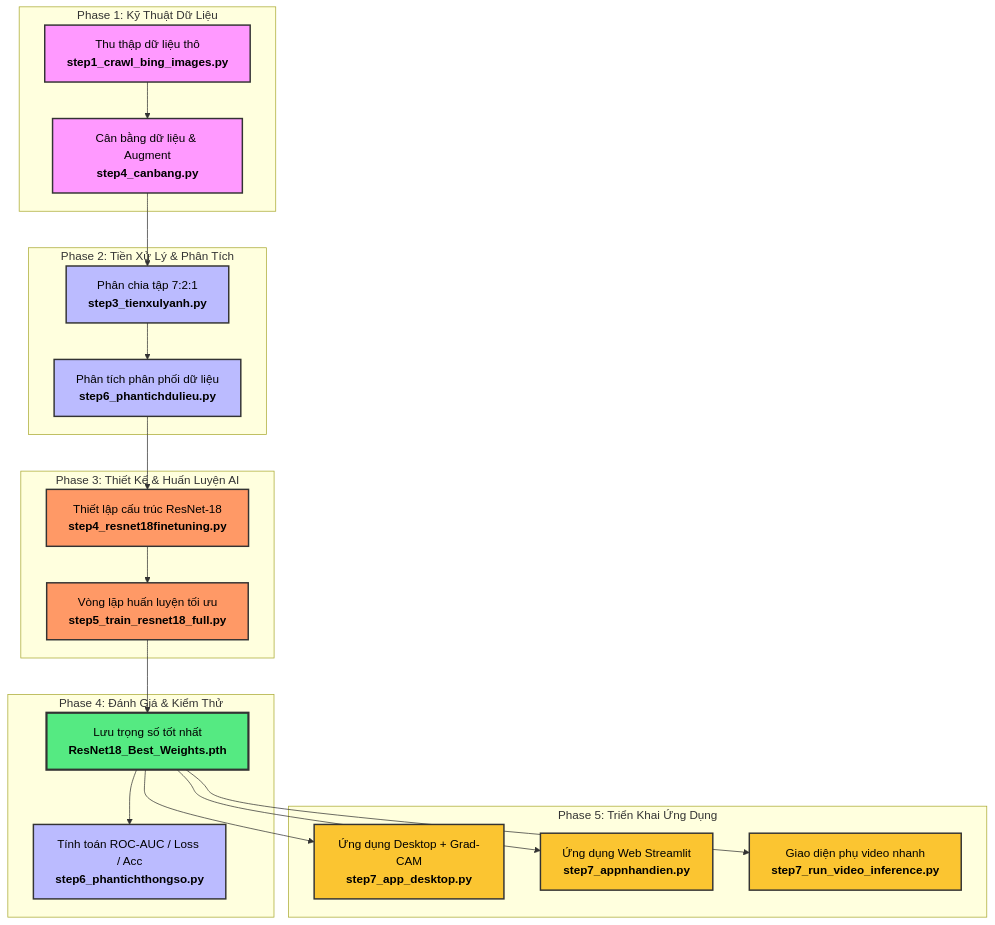
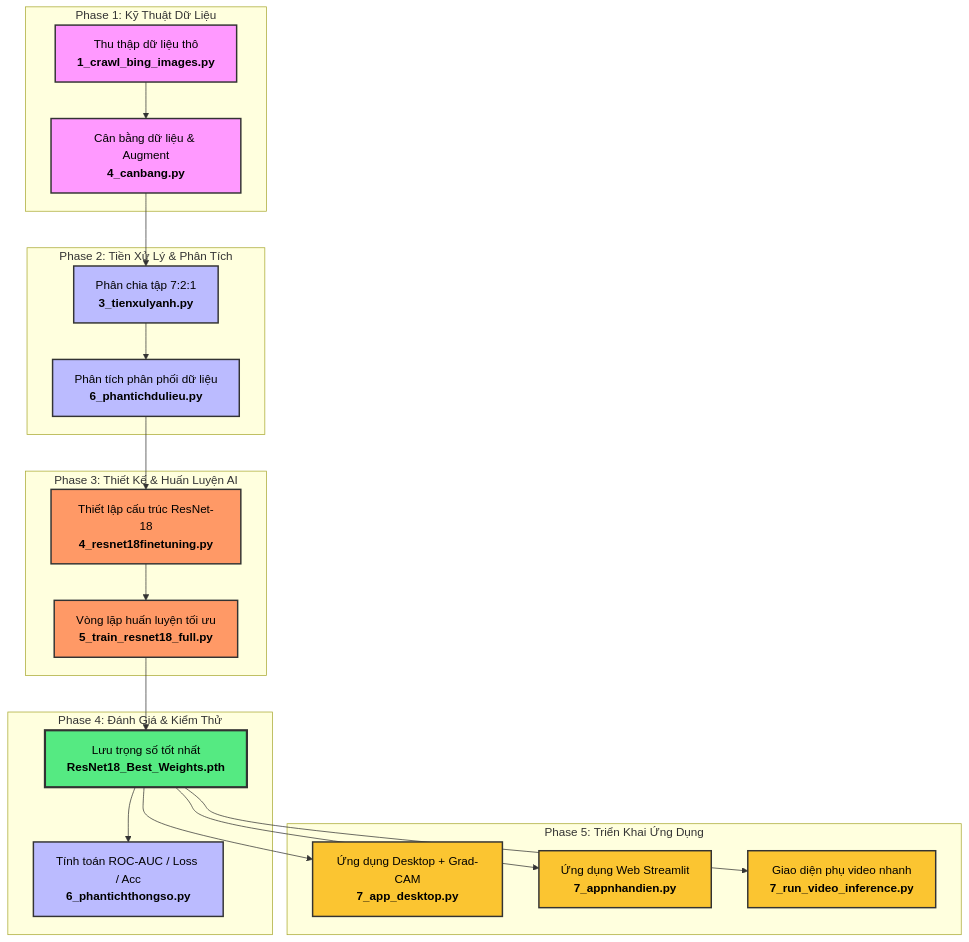
The diagram in README.md (dangthanhthi/du_an_bao_ton_dong_vat_sach_do), drawn with Mermaid before and after one commit. The commit also changed other lines of this file and 11 other files, not shown here.

````diff
--- a/README.md
+++ b/README.md
@@ -13,41 +13,41 @@
 ```mermaid
 graph TD
     %% Định nghĩa các bước trong Pipeline
     subgraph Phase 1: Kỹ Thuật Dữ Liệu
-        A[Thu thập dữ liệu thô<br><b>step1_crawl_bing_images.py</b>] --> B[Cân bằng dữ liệu & Augment<br><b>step4_canbang.py</b>]
+        A[Thu thập dữ liệu thô<br><b>1_crawl_bing_images.py</b>] --> B[Cân bằng dữ liệu & Augment<br><b>4_canbang.py</b>]
     end
 
     subgraph Phase 2: Tiền Xử Lý & Phân Tích
-        B --> C[Phân chia tập 7:2:1<br><b>step3_tienxulyanh.py</b>]
-        C --> D[Phân tích phân phối dữ liệu<br><b>step6_phantichdulieu.py</b>]
+        B --> C[Phân chia tập 7:2:1<br><b>3_tienxulyanh.py</b>]
+        C --> D[Phân tích phân phối dữ liệu<br><b>6_phantichdulieu.py</b>]
     end
 
     subgraph Phase 3: Thiết Kế & Huấn Luyện AI
-        D --> E[Thiết lập cấu trúc ResNet-18<br><b>step4_resnet18finetuning.py</b>]
-        E --> F[Vòng lặp huấn luyện tối ưu<br><b>step5_train_resnet18_full.py</b>]
+        D --> E[Thiết lập cấu trúc ResNet-18<br><b>4_resnet18finetuning.py</b>]
+        E --> F[Vòng lặp huấn luyện tối ưu<br><b>5_train_resnet18_full.py</b>]
     end
 
     subgraph Phase 4: Đánh Giá & Kiểm Thử
         F --> G[Lưu trọng số tốt nhất<br><b>ResNet18_Best_Weights.pth</b>]
-        G --> H[Tính toán ROC-AUC / Loss / Acc<br><b>step6_phantichthongso.py</b>]
+        G --> H[Tính toán ROC-AUC / Loss / Acc<br><b>6_phantichthongso.py</b>]
     end
 
     subgraph Phase 5: Triển Khai Ứng Dụng
-        G --> I[Ứng dụng Desktop + Grad-CAM<br><b>step7_app_desktop.py</b>]
-        G --> J[Ứng dụng Web Streamlit<br><b>step7_appnhandien.py</b>]
-        G --> K[Giao diện phụ video nhanh<br><b>step7_run_video_inference.py</b>]
+        G --> I[Ứng dụng Desktop + Grad-CAM<br><b>7_app_desktop.py</b>]
+        G --> J[Ứng dụng Web Streamlit<br><b>7_appnhandien.py</b>]
+        G --> K[Giao diện phụ video nhanh<br><b>7_run_video_inference.py</b>]
     end
 
     %% Định nghĩa màu sắc thẩm mỹ
     style A fill:#f9f,stroke:#333,stroke-width:2px,color:#000
     style B fill:#f9f,stroke:#333,stroke-width:2px,color:#000
     style C fill:#bbf,stroke:#333,stroke-width:2px,color:#000
     style D fill:#bbf,stroke:#333,stroke-width:2px,color:#000
     style E fill:#f96,stroke:#333,stroke-width:2px,color:#000
     style F fill:#f96,stroke:#333,stroke-width:2px,color:#000
     style G fill:#55ea82,stroke:#333,stroke-width:3px,color:#000
     style H fill:#bbf,stroke:#333,stroke-width:2px,color:#000
     style I fill:#fbc531,stroke:#333,stroke-width:2px,color:#000
     style J fill:#fbc531,stroke:#333,stroke-width:2px,color:#000
     style K fill:#fbc531,stroke:#333,stroke-width:2px,color:#000
 ```
````
